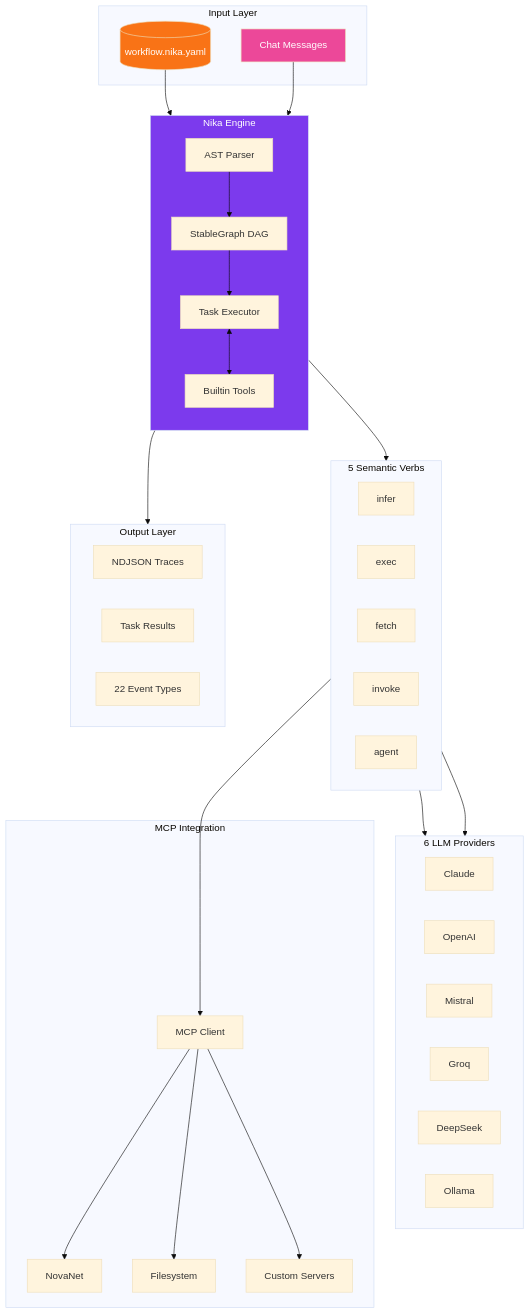
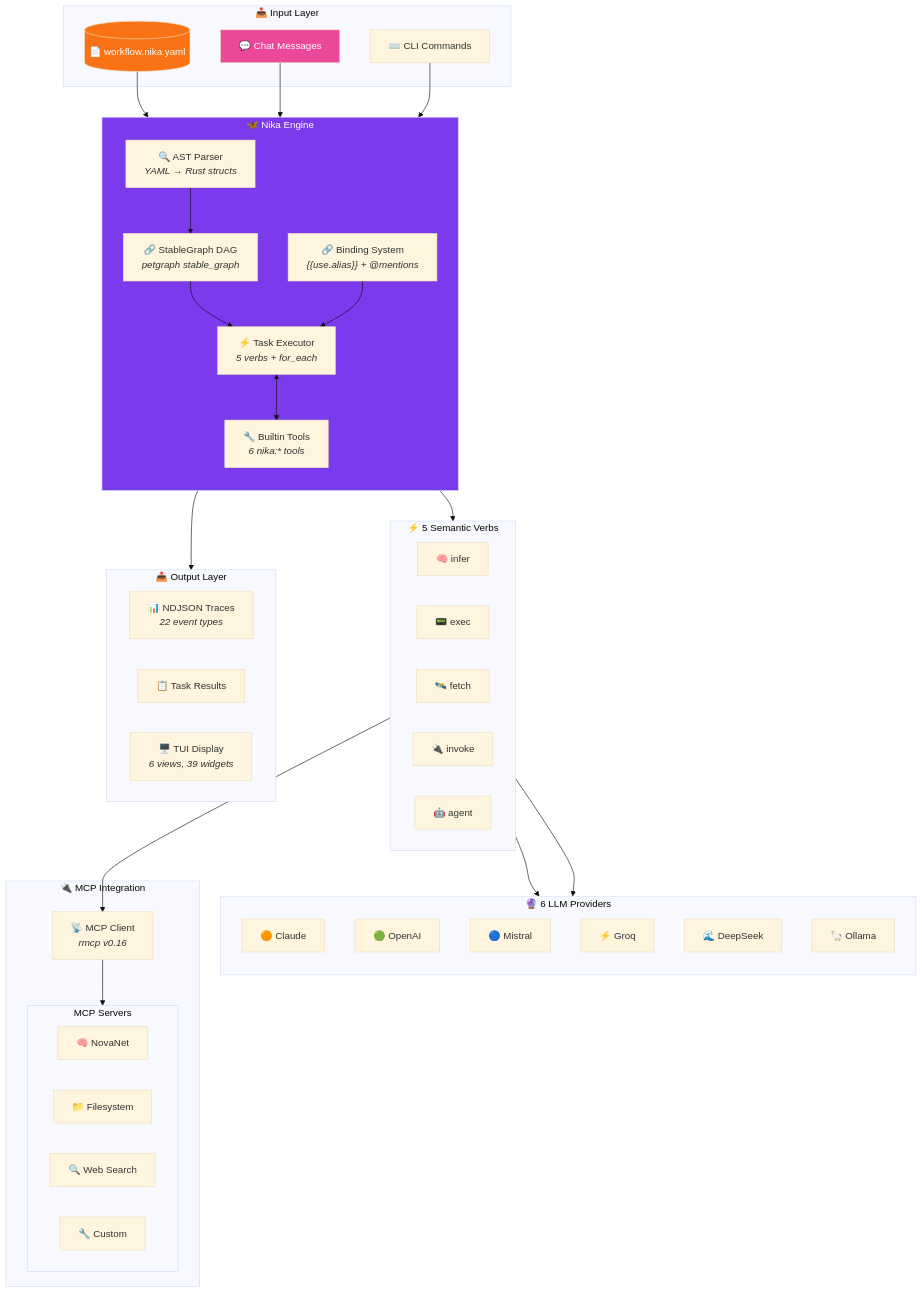
Before and after one commit to supernovae-st/nika: the fourth of 13 diagrams in README.md, drawn with Mermaid (base theme). The commit also changed other lines of this file, not shown here.

````diff
--- a/README.md
+++ b/README.md
@@ -212,65 +399,71 @@
 ```mermaid
 flowchart TB
-    subgraph Input["Input Layer"]
-        YAML[("workflow.nika.yaml")]
-        Chat["Chat Messages"]
+    subgraph Input["📥 Input Layer"]
+        YAML[("📄 workflow.nika.yaml")]
+        Chat["💬 Chat Messages"]
+        CLI["⌨️ CLI Commands"]
     end
 
-    subgraph Core["Nika Engine"]
+    subgraph Core["🦋 Nika Engine"]
         direction TB
-        Parser["AST Parser"]
-        StableDag["StableGraph DAG"]
-        Executor["Task Executor"]
-        BuiltinTools["Builtin Tools"]
+        Parser["🔍 AST Parser<br/><i>YAML → Rust structs</i>"]
+        StableDag["🔗 StableGraph DAG<br/><i>petgraph stable_graph</i>"]
+        Executor["⚡ Task Executor<br/><i>5 verbs + for_each</i>"]
+        BuiltinTools["🔧 Builtin Tools<br/><i>6 nika:* tools</i>"]
+        Binding["🔗 Binding System<br/><i>{{use.alias}} + @mentions</i>"]
 
         Parser --> StableDag
         StableDag --> Executor
         Executor <--> BuiltinTools
+        Binding --> Executor
     end
 
-    subgraph Verbs["5 Semantic Verbs"]
+    subgraph Verbs["⚡ 5 Semantic Verbs"]
         direction LR
-        Infer["infer"]
-        Exec["exec"]
-        Fetch["fetch"]
-        Invoke["invoke"]
-        Agent["agent"]
+        Infer["🧠 infer"]
+        Exec["📟 exec"]
+        Fetch["🛰️ fetch"]
+        Invoke["🔌 invoke"]
+        Agent["🤖 agent"]
     end
 
-    subgraph Providers["6 LLM Providers"]
-        Claude["Claude"]
-        OpenAI["OpenAI"]
-        Mistral["Mistral"]
-        Groq["Groq"]
-        DeepSeek["DeepSeek"]
-        Ollama["Ollama"]
+    subgraph Providers["🔮 6 LLM Providers"]
+        direction TB
+        Claude["🟠 Claude"]
+        OpenAI["🟢 OpenAI"]
+        Mistral["🔵 Mistral"]
+        Groq["⚡ Groq"]
+        DeepSeek["🌊 DeepSeek"]
+        Ollama["🦙 Ollama"]
     end
 
-    subgraph MCP["MCP Integration"]
-        McpClient["MCP Client"]
-        NovaNet["NovaNet"]
-        Filesystem["Filesystem"]
-        Custom["Custom Servers"]
+    subgraph MCP["🔌 MCP Integration"]
+        McpClient["📡 MCP Client<br/><i>rmcp v0.16</i>"]
+        subgraph Servers["MCP Servers"]
+            NovaNet["🧠 NovaNet"]
+            Filesystem["📁 Filesystem"]
+            WebSearch["🔍 Web Search"]
+            Custom["🔧 Custom"]
+        end
     end
 
-    subgraph Output["Output Layer"]
-        Traces["NDJSON Traces"]
-        Results["Task Results"]
-        Events["22 Event Types"]
+    subgraph Output["📤 Output Layer"]
+        Traces["📊 NDJSON Traces<br/><i>22 event types</i>"]
+        Results["📋 Task Results"]
+        TUI["🖥️ TUI Display<br/><i>6 views, 39 widgets</i>"]
     end
 
     YAML --> Parser
     Chat --> StableDag
+    CLI --> Parser
     Executor --> Verbs
     Infer --> Providers
     Agent --> Providers
     Invoke --> McpClient
-    McpClient --> NovaNet
-    McpClient --> Filesystem
-    McpClient --> Custom
+    McpClient --> Servers
     Executor --> Output
 
     style Core fill:#7c3aed,color:#fff
     style YAML fill:#f97316,color:#fff
     style Chat fill:#ec4899,color:#fff
 ```
````
